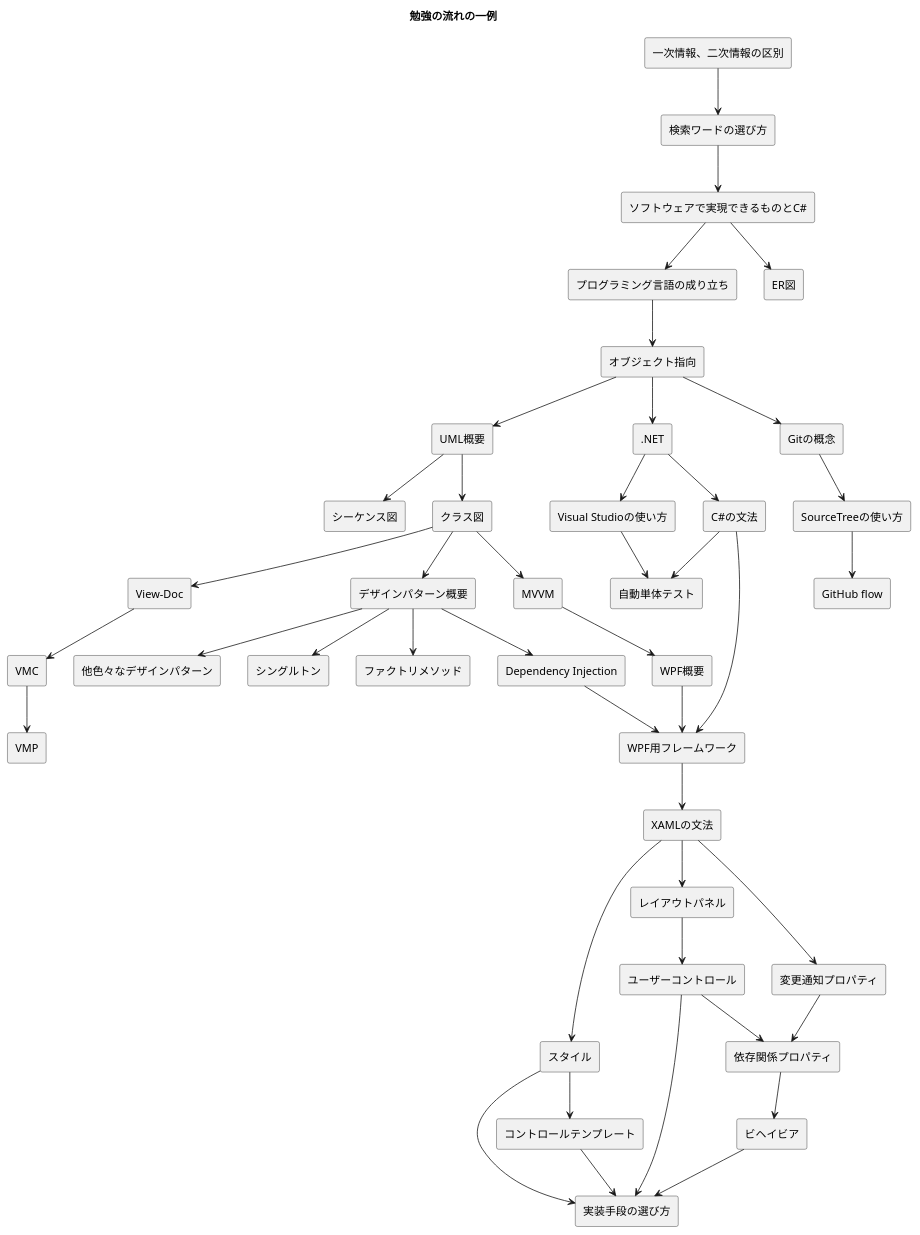
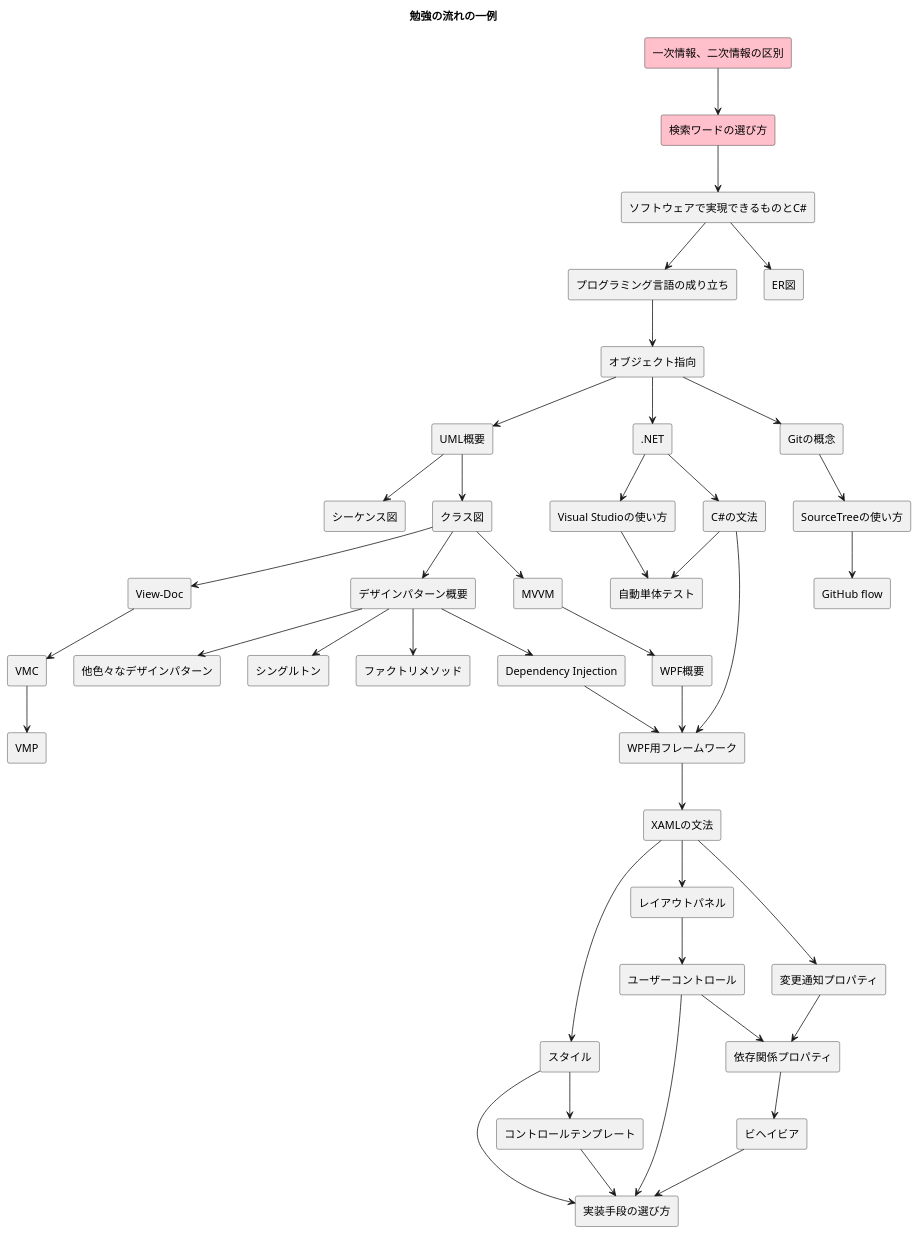
The diagram in study-flow.puml (kusa-mochi/study-flow-sample--csharp-windows), drawn with PlantUML before and after one commit.

Commit message:
update the progress.

```diff
--- a/study-flow.puml
+++ b/study-flow.puml
@@ -1,91 +1,91 @@
 @startuml flow-sample
 
 skinparam ComponentStyle rectangle
 top to bottom direction
 title 勉強の流れの一例
 
 component "ソフトウェアで実現できるものとC#" as software
 component プログラミング言語の成り立ち
 component オブジェクト指向
 component UML概要
 component クラス図
 component シーケンス図
 component デザインパターン概要
 component シングルトン
 component ファクトリメソッド
 component "Dependency Injection" as di
 component 他色々なデザインパターン
 component ".NET" as dotnet
 component "Visual Studioの使い方" as vs
-component 検索ワードの選び方
-component "一次情報、二次情報の区別" as infos
+component 検索ワードの選び方 #Pink
+component "一次情報、二次情報の区別" as infos #Pink
 component "C#の文法" as csharp
 component 自動単体テスト
 component Gitの概念
 component SourceTreeの使い方
 component "GitHub flow" as githubflow
 component "View-Doc" as viewdoc
 component VMC
 component VMP
 component MVVM
 component WPF概要
 component WPF用フレームワーク
 component XAMLの文法
 component レイアウトパネル
 component 変更通知プロパティ
 component スタイル
 component コントロールテンプレート
 component ユーザーコントロール
 component 依存関係プロパティ
 component ビヘイビア
 component 実装手段の選び方
 component ER図
 
 infos --> 検索ワードの選び方
 検索ワードの選び方 --> software
 software --> プログラミング言語の成り立ち
 software --> ER図
 プログラミング言語の成り立ち --> オブジェクト指向
 オブジェクト指向 --> UML概要
 オブジェクト指向 --> dotnet
 オブジェクト指向 --> Gitの概念
 UML概要 --> クラス図
 UML概要 --> シーケンス図
 クラス図 --> デザインパターン概要
 クラス図 --> viewdoc
 クラス図 --> MVVM
 デザインパターン概要 --> シングルトン
 デザインパターン概要 --> ファクトリメソッド
 デザインパターン概要 --> di
 デザインパターン概要 --> 他色々なデザインパターン
 di --> WPF用フレームワーク
 
 dotnet --> vs
 dotnet --> csharp
 csharp --> 自動単体テスト
 csharp --> WPF用フレームワーク
 vs --> 自動単体テスト
 
 Gitの概念 --> SourceTreeの使い方
 SourceTreeの使い方 --> githubflow
 
 viewdoc --> VMC
 VMC --> VMP
 
 MVVM --> WPF概要
 WPF概要 --> WPF用フレームワーク
 WPF用フレームワーク --> XAMLの文法
 XAMLの文法 --> レイアウトパネル
 XAMLの文法 --> スタイル
 XAMLの文法 --> 変更通知プロパティ
 スタイル --> コントロールテンプレート
 レイアウトパネル --> ユーザーコントロール
 変更通知プロパティ --> 依存関係プロパティ
 ユーザーコントロール --> 依存関係プロパティ
 依存関係プロパティ --> ビヘイビア
 スタイル --> 実装手段の選び方
 ユーザーコントロール --> 実装手段の選び方
 コントロールテンプレート --> 実装手段の選び方
 ビヘイビア --> 実装手段の選び方
 
 @enduml
```
